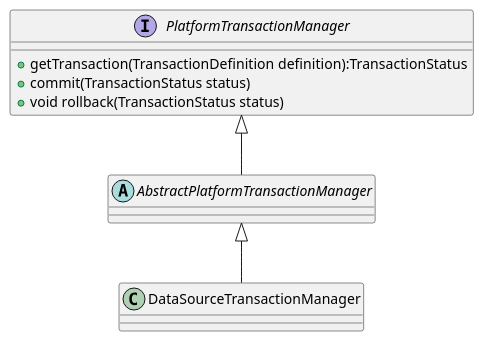
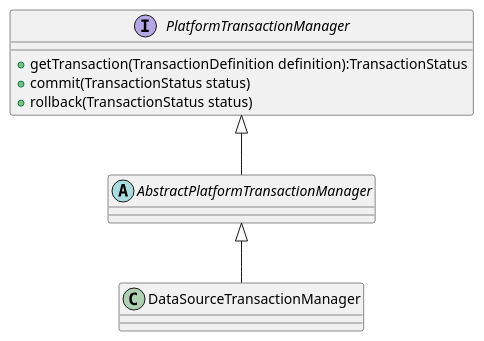
The diagram in spring-start/src/main/java/com/spring/start/jdbc/transaction.puml (binecy/bin-learning), drawn with PlantUML before and after one commit. The commit also changed 13 other files, not shown here.

```diff
--- a/spring-start/src/main/java/com/spring/start/jdbc/transaction.puml
+++ b/spring-start/src/main/java/com/spring/start/jdbc/transaction.puml
@@ -1,41 +1,18 @@
 @startuml
-
-/'abstract class AbstractList
-abstract AbstractCollection
-interface List
-interface Collection
-
-List <|-- AbstractList
-Collection <|-- AbstractCollection
-
-Collection <|- List
-AbstractCollection <|- AbstractList
-AbstractList <|-- ArrayList
-
-class ArrayList {
-Object[] elementData
-size()
-}
-
-enum TimeUnit {
-DAYS
-HOURS
-MINUTES
-}'/
 
 
 interface PlatformTransactionManager {
     + getTransaction(TransactionDefinition definition):TransactionStatus
     + commit(TransactionStatus status)
-    + void rollback(TransactionStatus status)
+    + rollback(TransactionStatus status)
 }
 
 abstract class AbstractPlatformTransactionManager
 
 PlatformTransactionManager <|-- AbstractPlatformTransactionManager
 
 class DataSourceTransactionManager
 
 AbstractPlatformTransactionManager <|-- DataSourceTransactionManager
 
 @enduml
```
